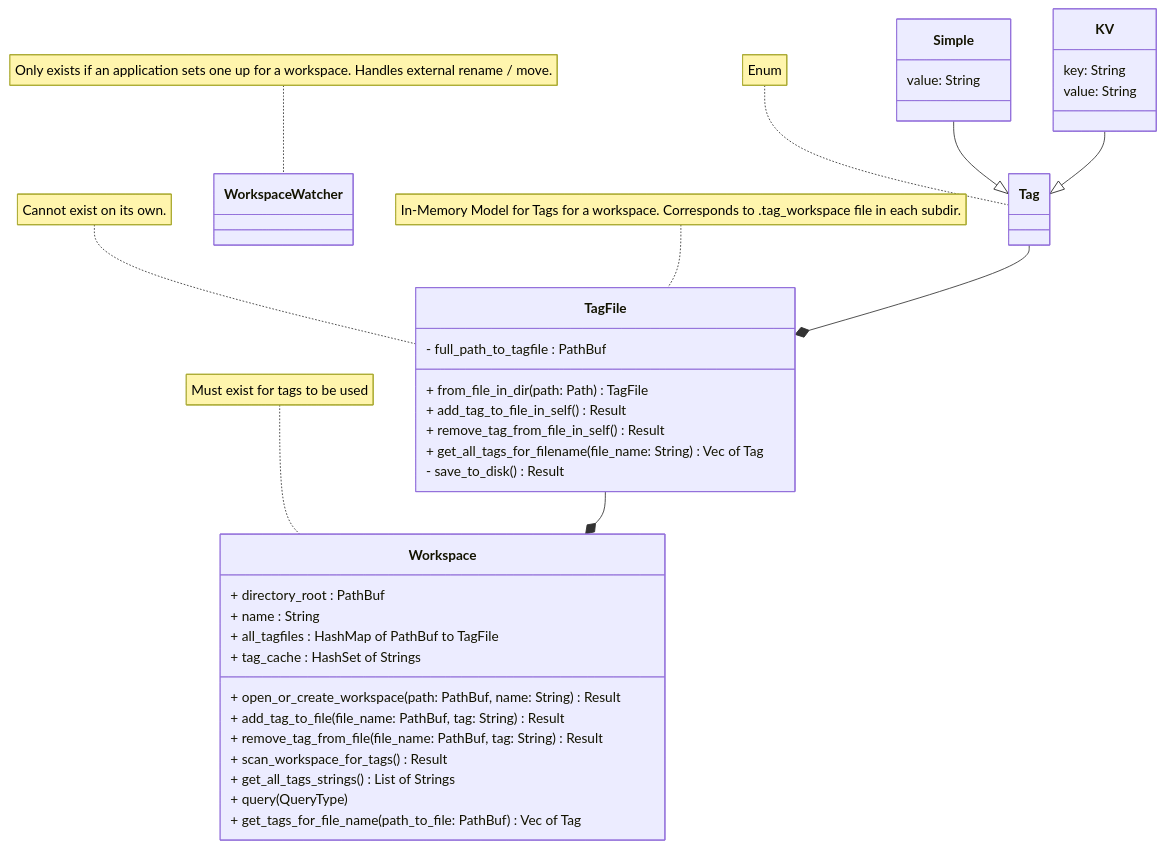
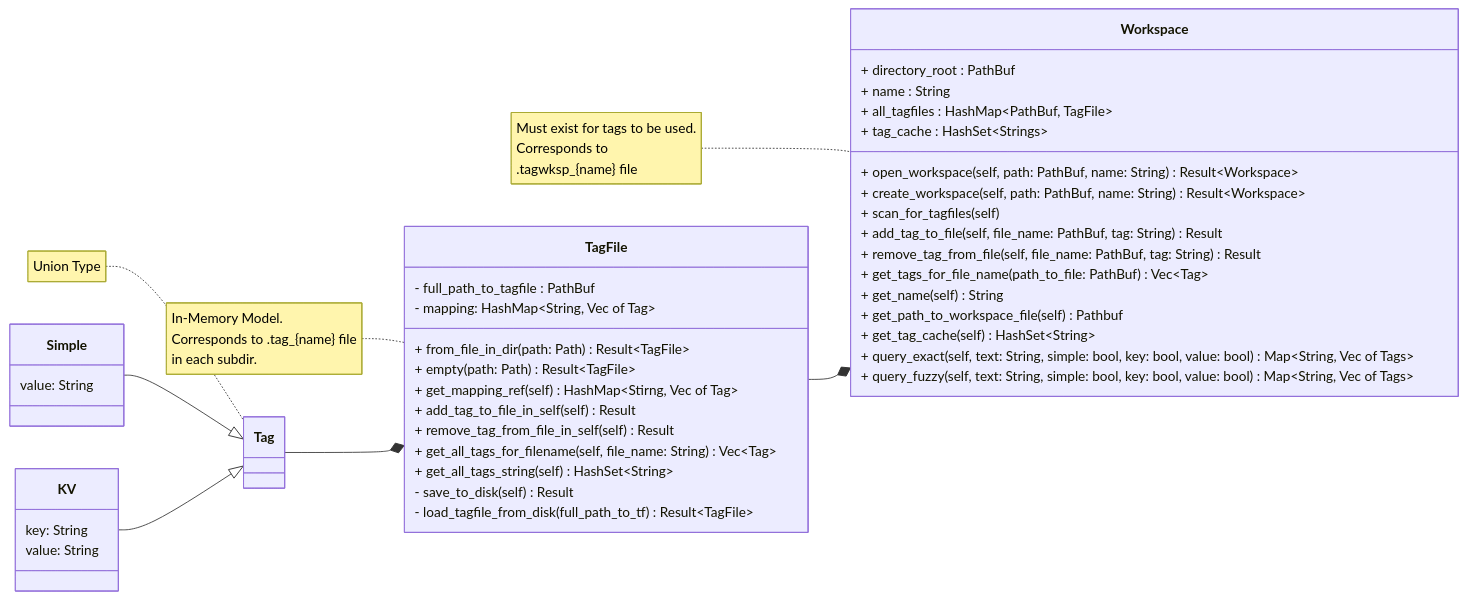
The diagram in doc/library_class_diagram.mmd (Nigel-Karunaratne/file-tagging), drawn with Mermaid before and after one commit.

Commit message:
Updated class diagram

```diff
--- a/doc/library_class_diagram.mmd
+++ b/doc/library_class_diagram.mmd
@@ -1,54 +1,55 @@
 %% Mermaid Diagram for the tagcore rust library
 
 classDiagram
-direction TB
-    note for Workspace "Must exist for tags to be used"
+direction LR
+    note for Workspace "Must exist for tags to be used.<br>Corresponds to <br>.tagwksp_{name} file"
     class Workspace {
-        + directory_root : PathBuf
-        + name : String
-	    + all_tagfiles : HashMap of PathBuf to TagFile
-	    + tag_cache : HashSet of Strings
-	    
-        + open_or_create_workspace(path: PathBuf, name: String) Result
-        + add_tag_to_file(file_name: PathBuf, tag: String) Result
-	    + remove_tag_from_file(file_name: PathBuf, tag: String) Result
-        + scan_workspace_for_tags() Result
-        + get_all_tags_strings() List of Strings
-	    + query(QueryType)
-        + get_tags_for_file_name(path_to_file: PathBuf) Vec of Tag
+	    + directory_root : PathBuf
+	    + name : String
+	    + all_tagfiles : HashMap~PathBuf, TagFile~
+	    + tag_cache : HashSet~Strings~
+	    + open_workspace(self, path: PathBuf, name: String) Result~Workspace~
+	    + create_workspace(self, path: PathBuf, name: String) Result~Workspace~
+	    + scan_for_tagfiles(self)
+	    + add_tag_to_file(self, file_name: PathBuf, tag: String) Result
+	    + remove_tag_from_file(self, file_name: PathBuf, tag: String) Result
+	    + get_tags_for_file_name(path_to_file: PathBuf) Vec~Tag~
+	    + get_name(self) String
+        + get_path_to_workspace_file(self) Pathbuf
+	    + get_tag_cache(self) HashSet~String~
+	    + query_exact(self, text: String, simple: bool, key: bool, value: bool) Map~String, Vec of Tags~
+	    + query_fuzzy(self, text: String, simple: bool, key: bool, value: bool) Map~String, Vec of Tags~
     }
 
-    note for TagFile "Cannot exist on its own."
-    note for TagFile "In-Memory Model for Tags for a workspace. Corresponds to .tag_workspace file in each subdir."
+    note for TagFile "In-Memory Model.<br>Corresponds to .tag_{name} file<br>in each subdir."
     class TagFile {
 	    - full_path_to_tagfile : PathBuf
-
-        + from_file_in_dir(path: Path) TagFile
-
-	    + add_tag_to_file_in_self() Result
-	    + remove_tag_from_file_in_self() Result
-
-        + get_all_tags_for_filename(file_name: String) Vec of Tag
-
-        - save_to_disk() Result
+	    - mapping: HashMap~String, Vec of Tag~
+	    + from_file_in_dir(path: Path) Result~TagFile~
+	    + empty(path: Path) Result~TagFile~
+	    + get_mapping_ref(self) HashMap~Stirng, Vec of Tag~
+	    + add_tag_to_file_in_self(self) Result
+	    + remove_tag_from_file_in_self(self) Result
+	    + get_all_tags_for_filename(self, file_name: String) Vec~Tag~
+	    + get_all_tags_string(self) HashSet~String~
+	    - save_to_disk(self) Result
+	    - load_tagfile_from_disk(full_path_to_tf) Result~TagFile~
     }
 
-    note for Tag "Enum"
+	note for Tag "Union Type"
     class Tag {
+    }
 
+    class Simple {
+	    value: String
     }
-    class Simple {value: String}
+
     class KV {
-        key: String
-        value: String
+	    key: String
+	    value: String
     }
 
     Simple --|> Tag
     KV --|> Tag
-
-    note for WorkspaceWatcher "Only exists if an application sets one up for a workspace. Handles external rename / move."
-    class WorkspaceWatcher {
-    }
-
     TagFile --* Workspace
     Tag --* TagFile
```
